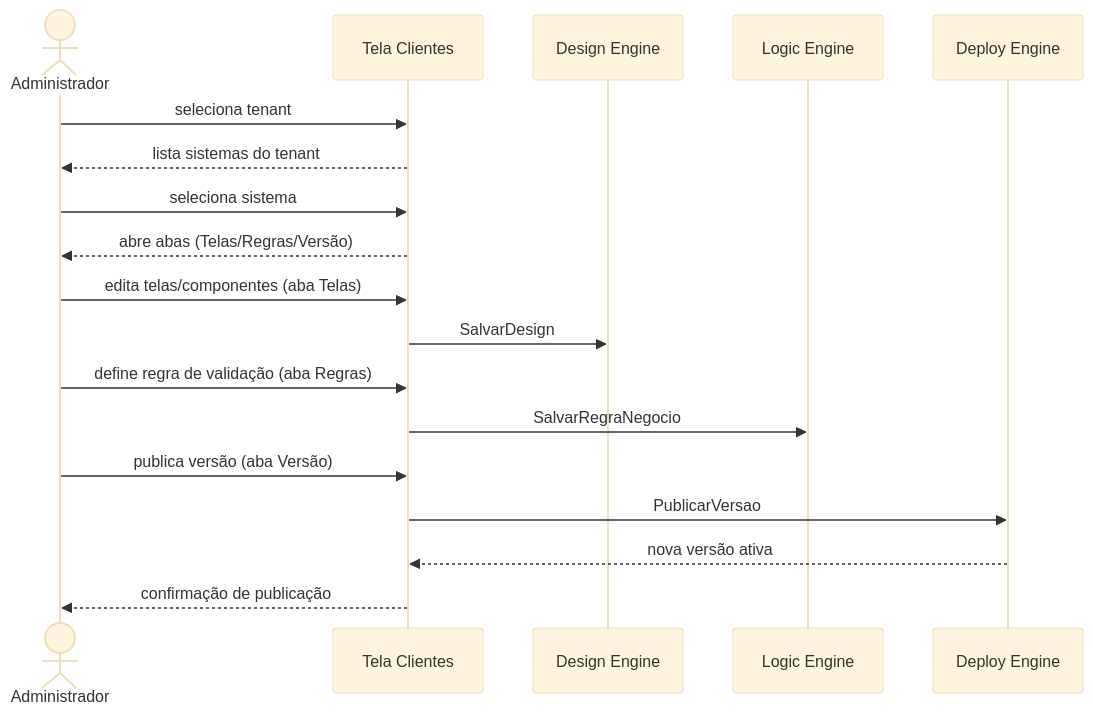
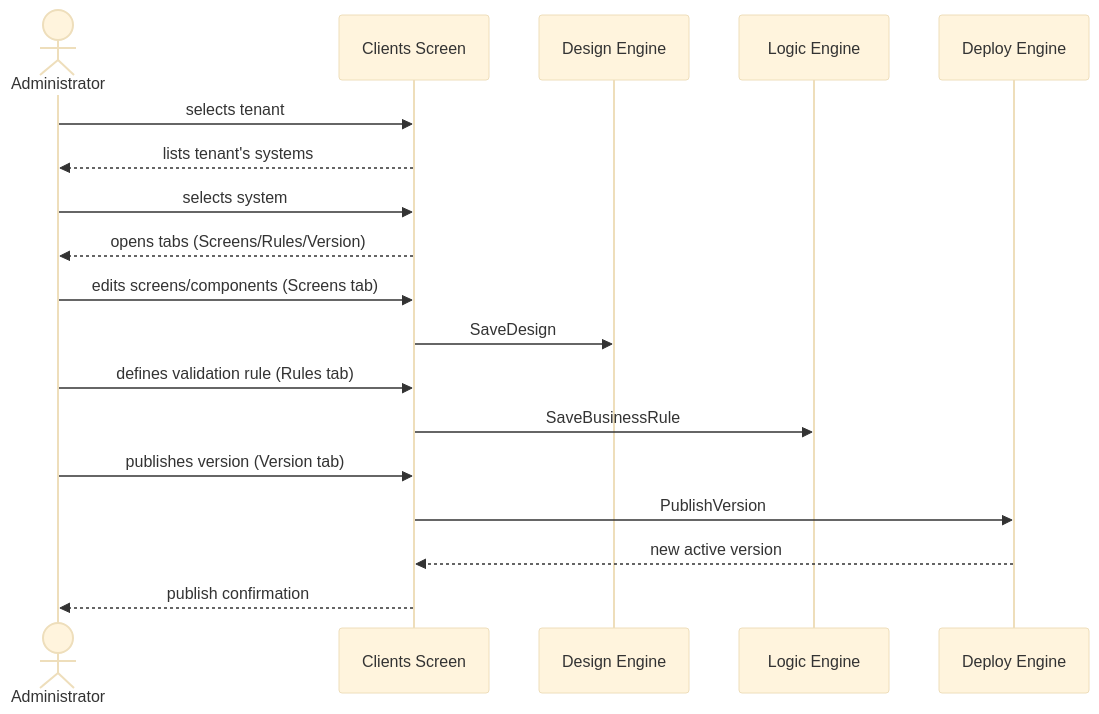
Before and after one commit to GiovaniRodrigo/arquitetura-mach-saas-nocode: the second of 5 diagrams in specs/004-reestruturacao-ia-navegacao/spec.md, drawn with Mermaid (base theme). The commit also changed other lines of this file and 86 other files, not shown here.

````diff
--- a/specs/004-reestruturacao-ia-navegacao/spec.md
+++ b/specs/004-reestruturacao-ia-navegacao/spec.md
@@ -185,21 +185,21 @@
 ```mermaid
 sequenceDiagram
-  actor admin as Administrador
-  participant clientes as Tela Clientes
+  actor admin as Administrator
+  participant clientes as Clients Screen
   participant design as Design Engine
   participant logic as Logic Engine
   participant deploy as Deploy Engine
 
-  admin->>clientes: seleciona tenant
-  clientes-->>admin: lista sistemas do tenant
-  admin->>clientes: seleciona sistema
-  clientes-->>admin: abre abas (Telas/Regras/Versão)
-  admin->>clientes: edita telas/componentes (aba Telas)
-  clientes->>design: SalvarDesign
-  admin->>clientes: define regra de validação (aba Regras)
-  clientes->>logic: SalvarRegraNegocio
-  admin->>clientes: publica versão (aba Versão)
-  clientes->>deploy: PublicarVersao
-  deploy-->>clientes: nova versão ativa
-  clientes-->>admin: confirmação de publicação
+  admin->>clientes: selects tenant
+  clientes-->>admin: lists tenant's systems
+  admin->>clientes: selects system
+  clientes-->>admin: opens tabs (Screens/Rules/Version)
+  admin->>clientes: edits screens/components (Screens tab)
+  clientes->>design: SaveDesign
+  admin->>clientes: defines validation rule (Rules tab)
+  clientes->>logic: SaveBusinessRule
+  admin->>clientes: publishes version (Version tab)
+  clientes->>deploy: PublishVersion
+  deploy-->>clientes: new active version
+  clientes-->>admin: publish confirmation
 ```
````
